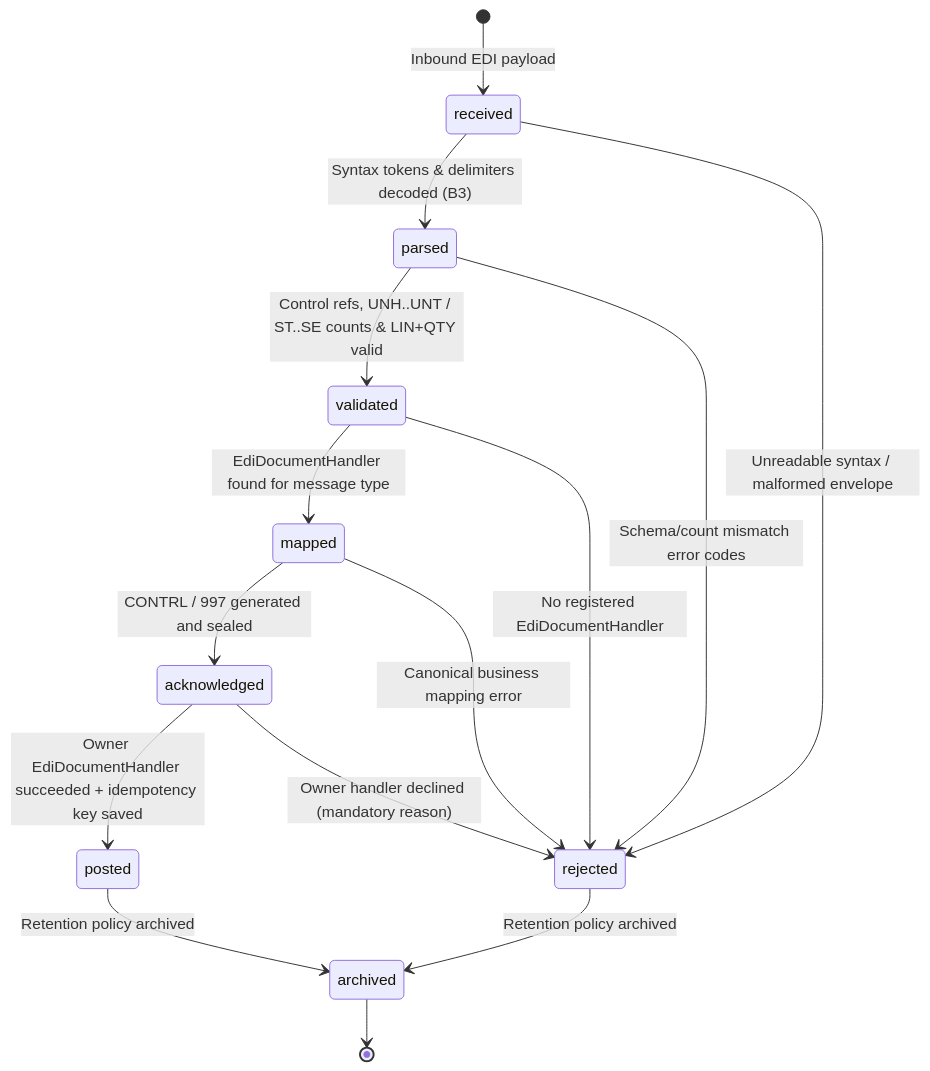
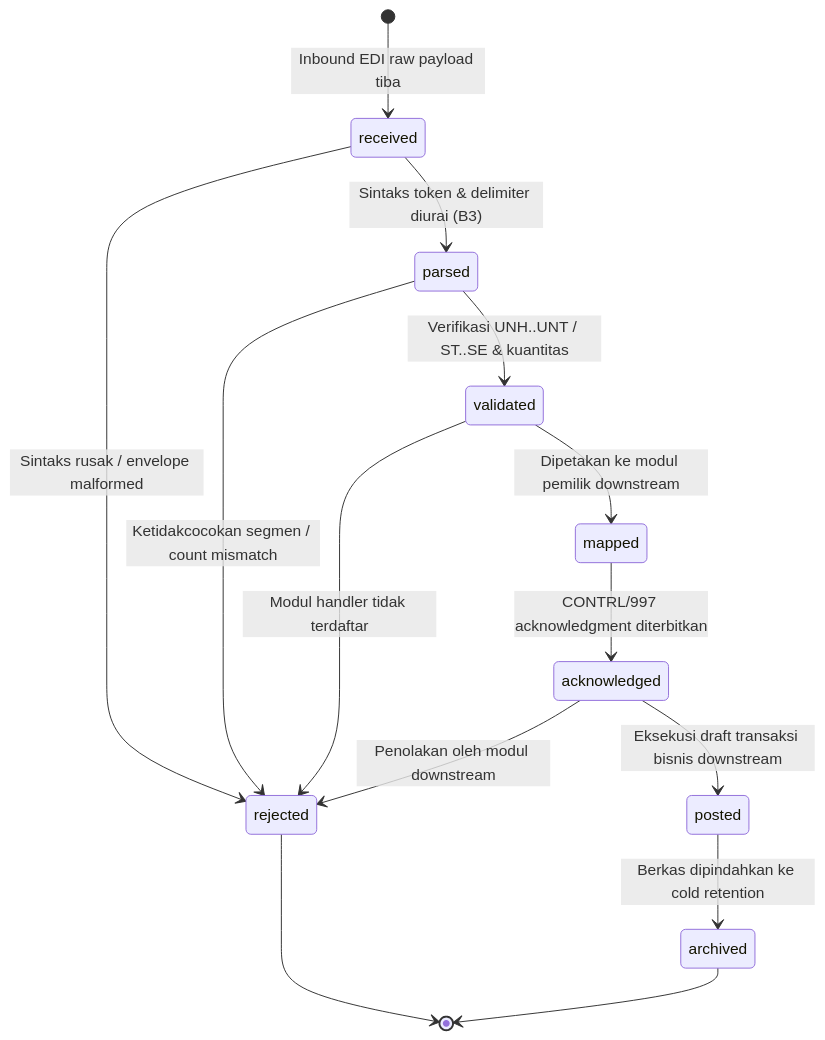
One commit to Orls967/SuperWeb changed the second of 3 diagrams in docs/design/fase-55.md. Above: the diagram before and after it, drawn with Mermaid. The commit also changed other lines of this file and 145 other files, not shown here.

First line of the commit message:
feat(w8-p4): [W8-P4.2] Fase 55 - API v2 Gateway, Webhook HMAC, EDI Codec, Multi-tenancy & Cold Archive

````diff
--- a/docs/design/fase-55.md
+++ b/docs/design/fase-55.md
@@ -64,17 +57,16 @@
 ```mermaid
 stateDiagram-v2
-    [*] --> received: Inbound EDI payload
-    received --> parsed: Syntax tokens & delimiters decoded (B3)
-    received --> rejected: Unreadable syntax / malformed envelope
-    parsed --> validated: Control refs, UNH..UNT / ST..SE counts & LIN+QTY valid
-    parsed --> rejected: Schema/count mismatch error codes
-    validated --> mapped: EdiDocumentHandler found for message type
-    validated --> rejected: No registered EdiDocumentHandler
-    mapped --> acknowledged: CONTRL / 997 generated and sealed
-    mapped --> rejected: Canonical business mapping error
-    acknowledged --> posted: Owner EdiDocumentHandler succeeded + idempotency key saved
-    acknowledged --> rejected: Owner handler declined (mandatory reason)
-    posted --> archived: Retention policy archived
-    rejected --> archived: Retention policy archived
+    [*] --> received: Inbound EDI raw payload tiba
+    received --> parsed: Sintaks token & delimiter diurai (B3)
+    received --> rejected: Sintaks rusak / envelope malformed
+    parsed --> validated: Verifikasi UNH..UNT / ST..SE & kuantitas
+    parsed --> rejected: Ketidakcocokan segmen / count mismatch
+    validated --> mapped: Dipetakan ke modul pemilik downstream
+    validated --> rejected: Modul handler tidak terdaftar
+    mapped --> acknowledged: CONTRL/997 acknowledgment diterbitkan
+    acknowledged --> posted: Eksekusi draft transaksi bisnis downstream
+    acknowledged --> rejected: Penolakan oleh modul downstream
+    posted --> archived: Berkas dipindahkan ke cold retention
+    rejected --> [*]
     archived --> [*]
 ```
````
